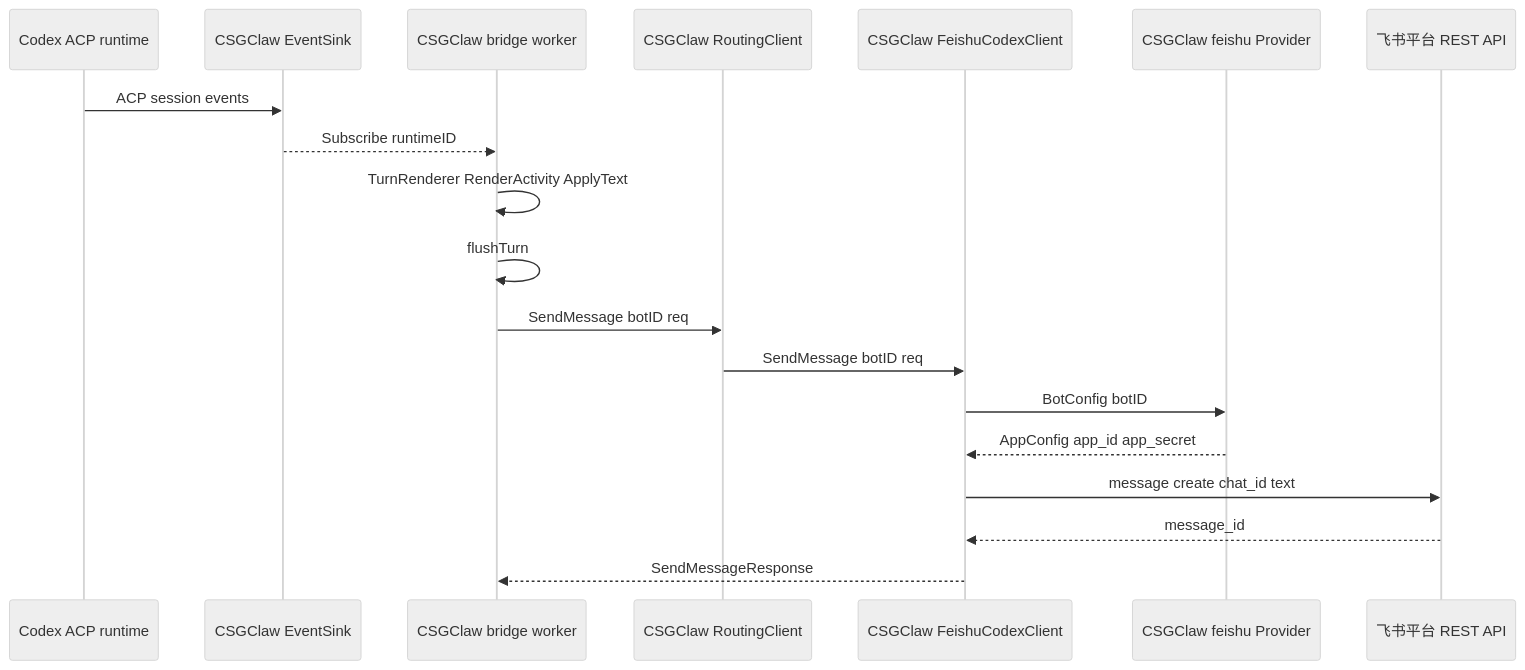
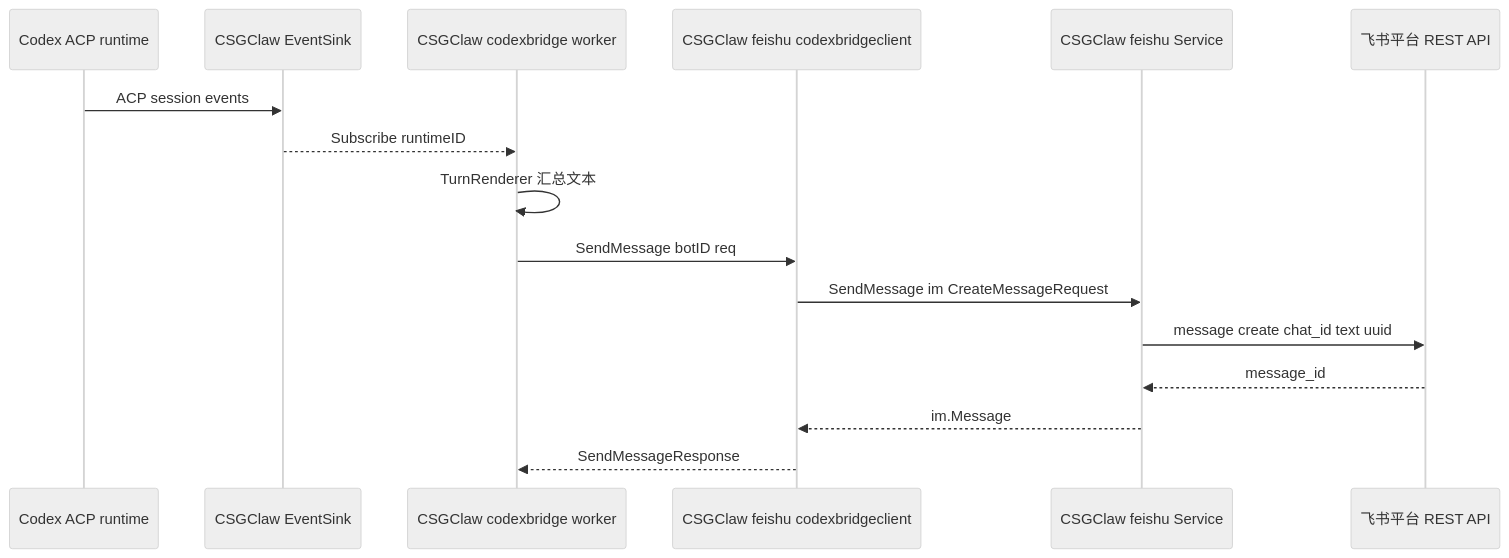
Diagram 11 of 12 in docs/channel/codex-feishu.zh.md (GatewayJ/csgclaw), drawn with Mermaid (neutral theme) before and after one commit. The commit also changed other lines of this file, not shown here.

Commit message:
docs: align codex feishu bridge boundaries

````diff
--- a/docs/channel/codex-feishu.zh.md
+++ b/docs/channel/codex-feishu.zh.md
@@ -513,22 +400,19 @@
 ```mermaid
 sequenceDiagram
     participant Codex as Codex ACP runtime
     participant Events as CSGClaw EventSink
-    participant Worker as CSGClaw bridge worker
-    participant Router as CSGClaw RoutingClient
-    participant Client as CSGClaw FeishuCodexClient
-    participant Provider as CSGClaw feishu Provider
+    participant Bridge as CSGClaw codexbridge worker
+    participant Adapter as CSGClaw feishu codexbridgeclient
+    participant Service as CSGClaw feishu Service
     participant Feishu as 飞书平台 REST API
 
     Codex->>Events: ACP session events
-    Events-->>Worker: Subscribe runtimeID
-    Worker->>Worker: TurnRenderer RenderActivity ApplyText
-    Worker->>Worker: flushTurn
-    Worker->>Router: SendMessage botID req
-    Router->>Client: SendMessage botID req
-    Client->>Provider: BotConfig botID
-    Provider-->>Client: AppConfig app_id app_secret
-    Client->>Feishu: message create chat_id text
-    Feishu-->>Client: message_id
-    Client-->>Worker: SendMessageResponse
+    Events-->>Bridge: Subscribe runtimeID
+    Bridge->>Bridge: TurnRenderer 汇总文本
+    Bridge->>Adapter: SendMessage botID req
+    Adapter->>Service: SendMessage im CreateMessageRequest
+    Service->>Feishu: message create chat_id text uuid
+    Feishu-->>Service: message_id
+    Service-->>Adapter: im.Message
+    Adapter-->>Bridge: SendMessageResponse
 ```
````
